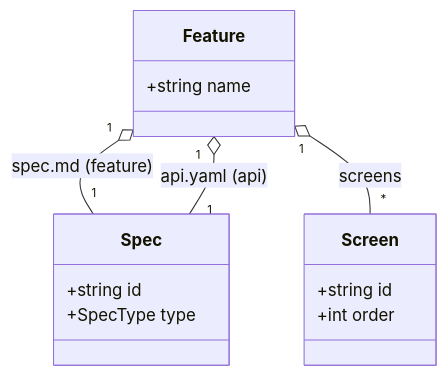
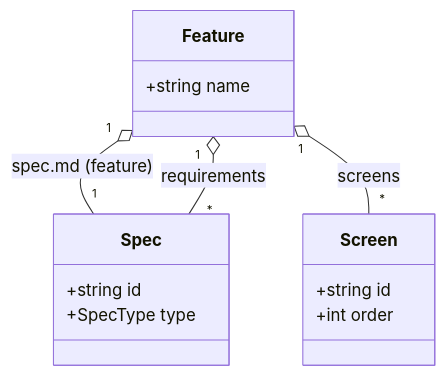
Before and after one commit to FukeKazki/specs-cli: the diagram in specs/domain/models/Feature.md, drawn with Mermaid. The commit also changed other lines of this file and 185 other files, not shown here.

````diff
--- a/specs/domain/models/Feature.md
+++ b/specs/domain/models/Feature.md
@@ -21,20 +21,20 @@
 ```mermaid
 classDiagram
     class Feature {
         +string name
     }
 
     class Spec {
         +string id
         +SpecType type
     }
 
     class Screen {
         +string id
         +int order
     }
 
     Feature "1" o-- "1" Spec : spec.md (feature)
-    Feature "1" o-- "1" Spec : api.yaml (api)
+    Feature "1" o-- "*" Spec : requirements
     Feature "1" o-- "*" Screen : screens
 ```
````
